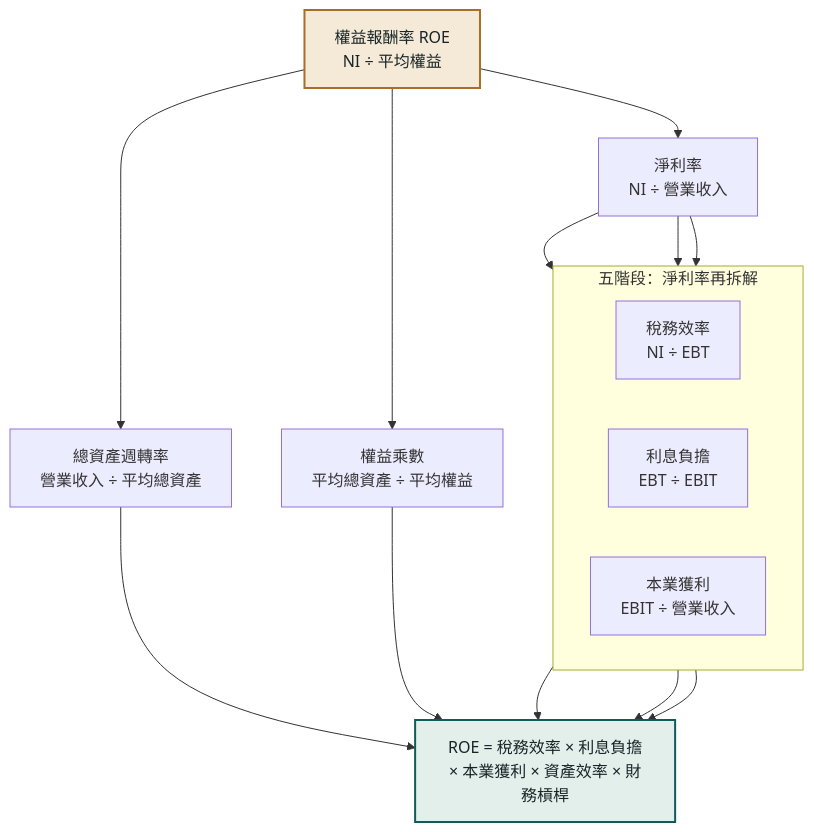
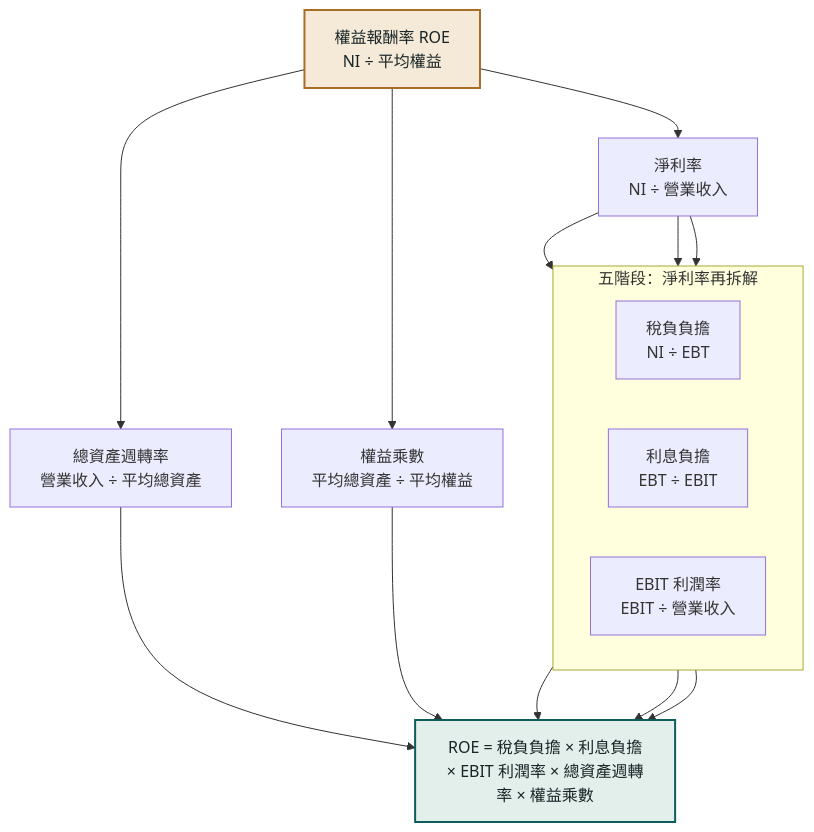
One commit to solo0920/analysis changed the diagram in site/diagrams/mermaid/accounting-dupont.mmd. Above: the diagram before and after it, drawn with Mermaid. The commit also changed 21 other files, not shown here.

Commit message:
Rewrite DuPont analysis content and diagrams

```diff
--- a/site/diagrams/mermaid/accounting-dupont.mmd
+++ b/site/diagrams/mermaid/accounting-dupont.mmd
@@ -1,33 +1,33 @@
 flowchart TD
   accTitle: 杜邦分析：三階段與五階段 ROE 拆解
-  accDescr: 三階段杜邦把 ROE 拆成淨利率、總資產週轉率與權益乘數；五階段再把淨利率拆成稅務效率、利息負擔與本業獲利。
+  accDescr: 三階段杜邦把 ROE 拆成淨利率、總資產週轉率與權益乘數；五階段再把淨利率拆成稅負負擔、利息負擔與 EBIT 利潤率。
 
   ROE["權益報酬率 ROE<br/>NI ÷ 平均權益"]:::outcome
   NPM["淨利率<br/>NI ÷ 營業收入"]
   TAT["總資產週轉率<br/>營業收入 ÷ 平均總資產"]
   EM["權益乘數<br/>平均總資產 ÷ 平均權益"]
 
   ROE --> NPM
   ROE --> TAT
   ROE --> EM
 
   subgraph FIVE["五階段：淨利率再拆解"]
     direction LR
-    TAX["稅務效率<br/>NI ÷ EBT"]
+    TAX["稅負負擔<br/>NI ÷ EBT"]
     INT["利息負擔<br/>EBT ÷ EBIT"]
-    EBITM["本業獲利<br/>EBIT ÷ 營業收入"]
+    EBITM["EBIT 利潤率<br/>EBIT ÷ 營業收入"]
   end
 
   NPM --> TAX
   NPM --> INT
   NPM --> EBITM
 
-  FORMULA["ROE = 稅務效率 × 利息負擔<br/>× 本業獲利 × 資產效率 × 財務槓桿"]:::accent
+  FORMULA["ROE = 稅負負擔 × 利息負擔<br/>× EBIT 利潤率 × 總資產週轉率 × 權益乘數"]:::accent
   TAX --> FORMULA
   INT --> FORMULA
   EBITM --> FORMULA
   TAT --> FORMULA
   EM --> FORMULA
 
   classDef accent fill:#e3efeb,stroke:#0f5c5c,color:#182426,stroke-width:2px
   classDef outcome fill:#f5ead8,stroke:#a86d27,color:#182426,stroke-width:2px
```
